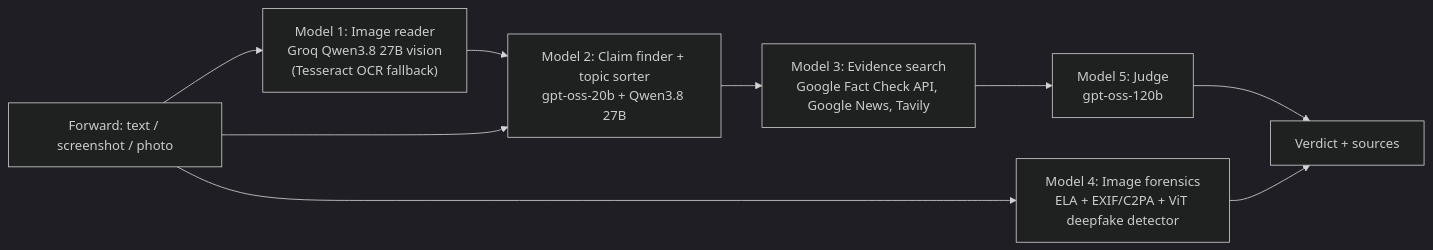
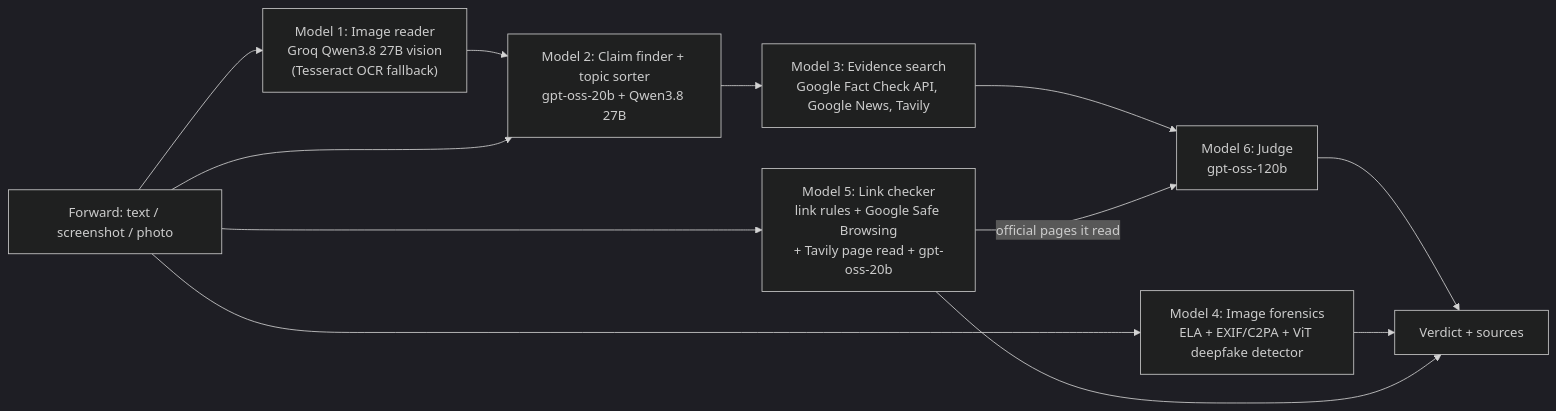
The diagram in README.md (heyvamshii/sach-check), drawn with Mermaid (dark theme) before and after one commit. The commit also changed other lines of this file and 31 other files, not shown here.

First line of the commit message:
feat: add link checker (Model 5) for links anywhere in a message

````diff
--- a/README.md
+++ b/README.md
@@ -13,11 +13,14 @@
 ```mermaid
 flowchart LR
     A[Forward: text / screenshot / photo] --> M1
     M1["Model 1: Image reader<br/>Groq Qwen3.8 27B vision<br/>(Tesseract OCR fallback)"] --> M2
     A --> M2
     M2["Model 2: Claim finder + topic sorter<br/>gpt-oss-20b + Qwen3.8 27B"] --> M3
-    M3["Model 3: Evidence search<br/>Google Fact Check API, Google News, Tavily"] --> M5
+    M3["Model 3: Evidence search<br/>Google Fact Check API, Google News, Tavily"] --> M6
     A --> M4["Model 4: Image forensics<br/>ELA + EXIF/C2PA + ViT deepfake detector"]
-    M5["Model 5: Judge<br/>gpt-oss-120b"] --> V[Verdict + sources]
+    A --> M5["Model 5: Link checker<br/>link rules + Google Safe Browsing<br/>+ Tavily page read + gpt-oss-20b"]
+    M5 -- "official pages it read" --> M6
+    M6["Model 6: Judge<br/>gpt-oss-120b"] --> V[Verdict + sources]
     M4 --> V
+    M5 --> V
 ```
````
